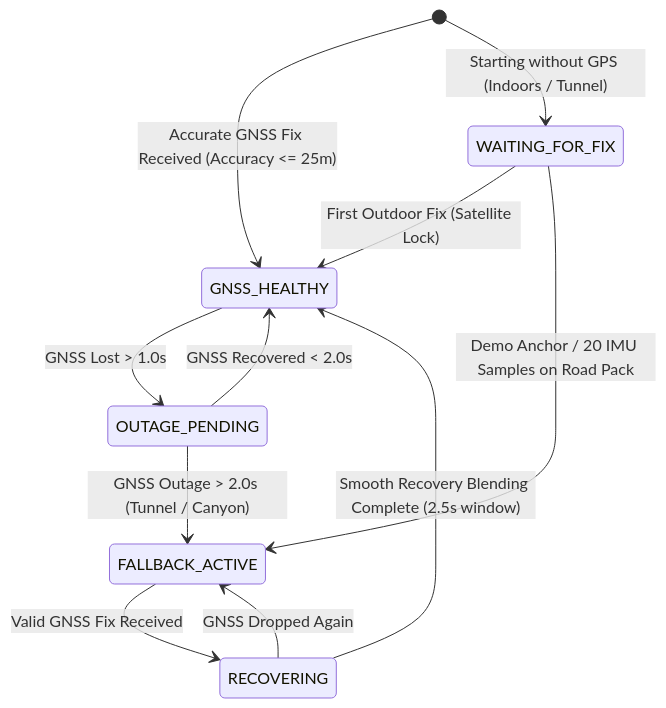
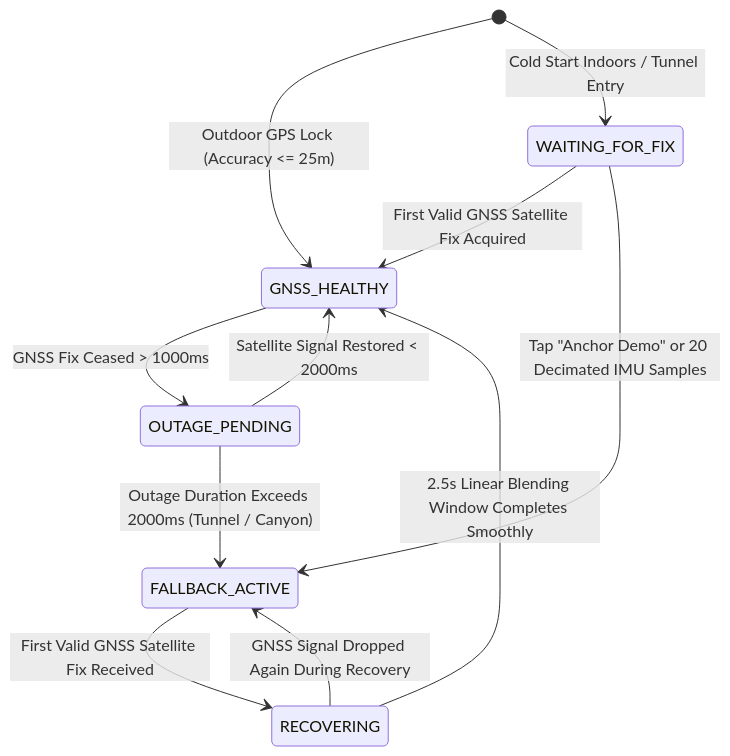
The seventh of 13 diagrams in docs/ARCHITECTURE.md (DevKano98/SIH168-Dead-Reconing), drawn with Mermaid before and after one commit. The commit also changed other lines of this file and 5 other files, not shown here.

Commit message:
docs: enrich architecture diagrams, detail system interactions, and fix KaTeX math mode rendering

````diff
--- a/docs/ARCHITECTURE.md
+++ b/docs/ARCHITECTURE.md
@@ -122,16 +289,16 @@
 ```mermaid
 stateDiagram-v2
-    [*] --> GNSS_HEALTHY: Accurate GNSS Fix Received (Accuracy <= 25m)
-    [*] --> WAITING_FOR_FIX: Starting without GPS (Indoors / Tunnel)
-    
-    WAITING_FOR_FIX --> GNSS_HEALTHY: First Outdoor Fix (Satellite Lock)
-    WAITING_FOR_FIX --> FALLBACK_ACTIVE: Demo Anchor / 20 IMU Samples on Road Pack
-    
-    GNSS_HEALTHY --> OUTAGE_PENDING: GNSS Lost > 1.0s
-    OUTAGE_PENDING --> GNSS_HEALTHY: GNSS Recovered < 2.0s
-    OUTAGE_PENDING --> FALLBACK_ACTIVE: GNSS Outage > 2.0s (Tunnel / Canyon)
-    
-    FALLBACK_ACTIVE --> RECOVERING: Valid GNSS Fix Received
-    RECOVERING --> GNSS_HEALTHY: Smooth Recovery Blending Complete (2.5s window)
-    RECOVERING --> FALLBACK_ACTIVE: GNSS Dropped Again
+    [*] --> GNSS_HEALTHY: Outdoor GPS Lock (Accuracy <= 25m)
+    [*] --> WAITING_FOR_FIX: Cold Start Indoors / Tunnel Entry
+
+    WAITING_FOR_FIX --> GNSS_HEALTHY: First Valid GNSS Satellite Fix Acquired
+    WAITING_FOR_FIX --> FALLBACK_ACTIVE: Tap "Anchor Demo" or 20 Decimated IMU Samples
+
+    GNSS_HEALTHY --> OUTAGE_PENDING: GNSS Fix Ceased > 1000ms
+    OUTAGE_PENDING --> GNSS_HEALTHY: Satellite Signal Restored < 2000ms
+    OUTAGE_PENDING --> FALLBACK_ACTIVE: Outage Duration Exceeds 2000ms (Tunnel / Canyon)
+
+    FALLBACK_ACTIVE --> RECOVERING: First Valid GNSS Satellite Fix Received
+    RECOVERING --> GNSS_HEALTHY: 2.5s Linear Blending Window Completes Smoothly
+    RECOVERING --> FALLBACK_ACTIVE: GNSS Signal Dropped Again During Recovery
 ```
````
